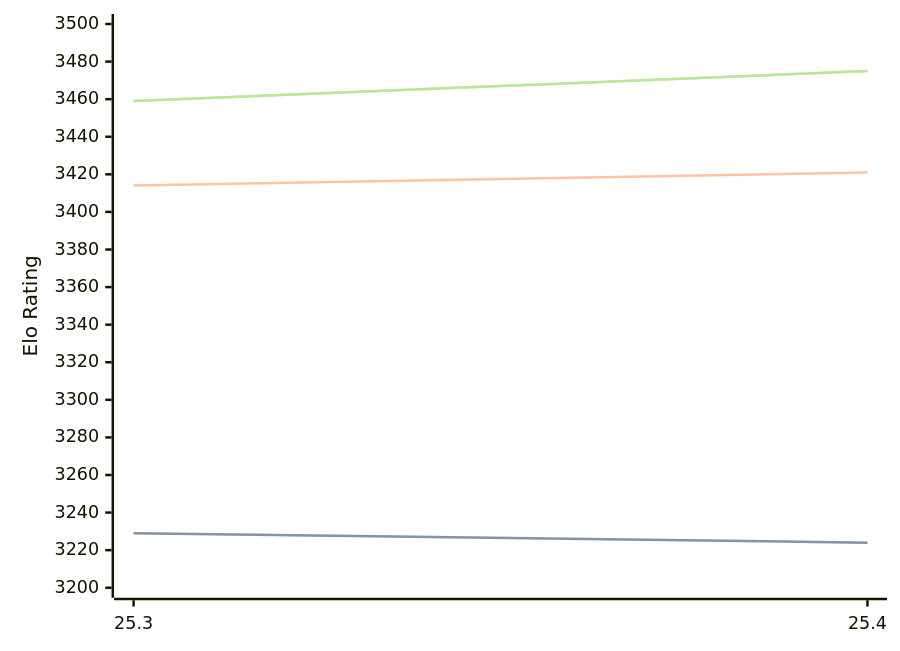
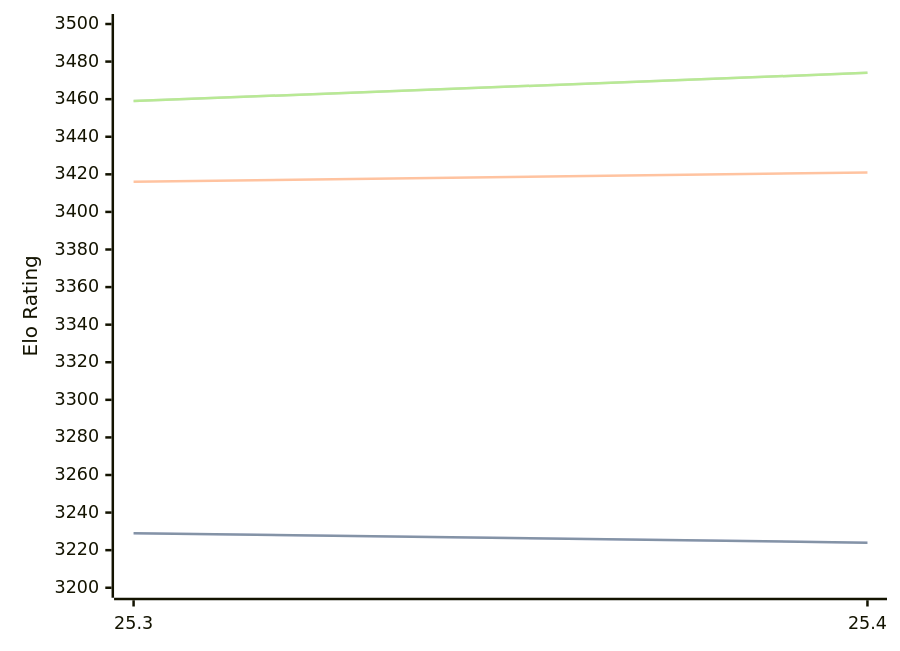
One commit to computer-chess-index/cci changed the third of 3 diagrams in engines/Arasan.md. Above: the diagram before and after it, drawn with Mermaid. The commit also changed other lines of this file, not shown here.

Commit message:
Update CCI Ratings (ELO VLTC) - 2026-07-18

````diff
--- a/engines/Arasan.md
+++ b/engines/Arasan.md
@@ -66,11 +66,11 @@
 ```mermaid
 %%{init: {"theme":"base","themeVariables":{"seriesColors:['#a3a3a3','#222221','#faa371']}}}%%
 xychart-beta
   x-axis ["25.3", "25.4"]
   y-axis "Elo Rating" 3200 --> 3500
   line "STC (8.0+0.08s)" [3229, 3224]
   line "STC (8.0+0.08s)" [3229, 3224]
-  line "LTC (60.0+0.60s)" [3414, 3421]
-  line "VLTC (2m24s+1.12s)" [3459, 3475]
-  line "VLTC (2m24s+1.12s)" [3459, 3475]
+  line "LTC (60.0+0.60s)" [3416, 3421]
+  line "VLTC (2m24s+1.12s)" [3459, 3474]
+  line "VLTC (2m24s+1.12s)" [3459, 3474]
 ```
````
